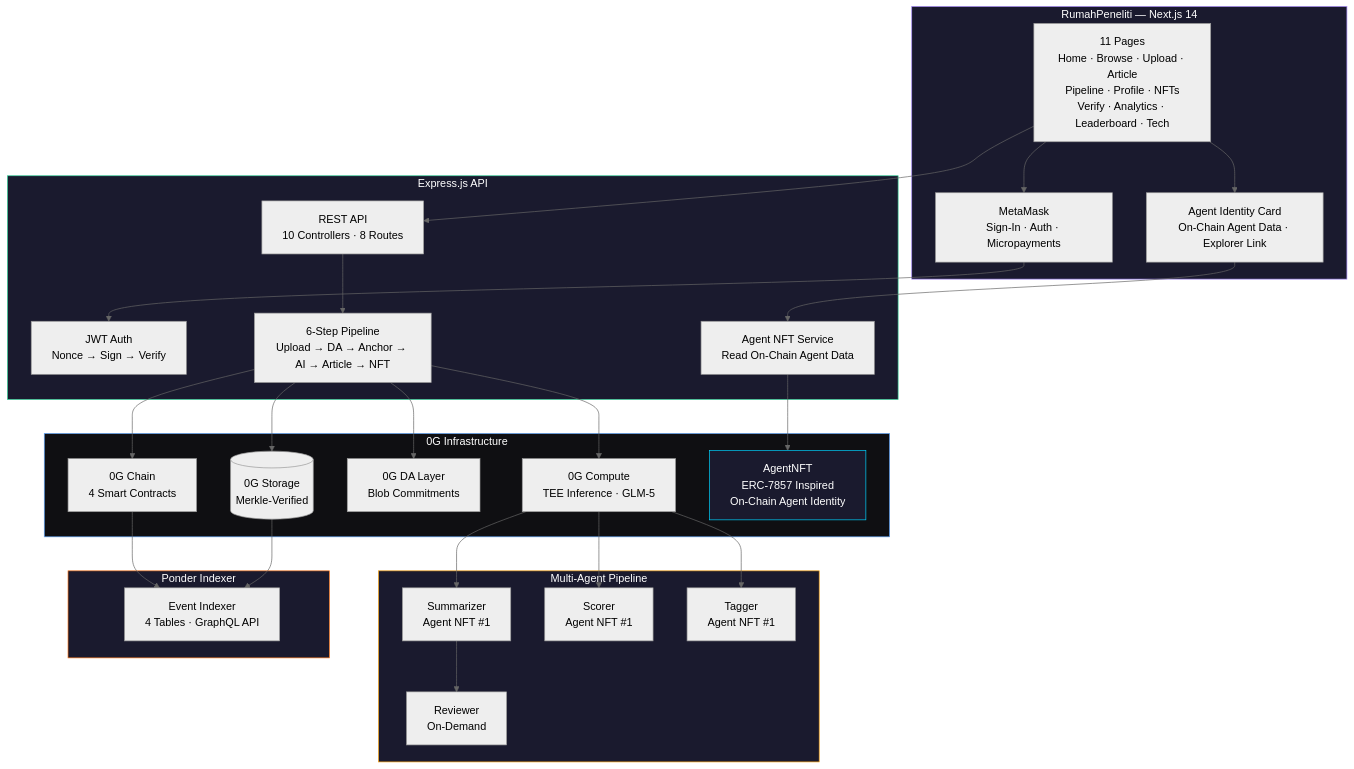
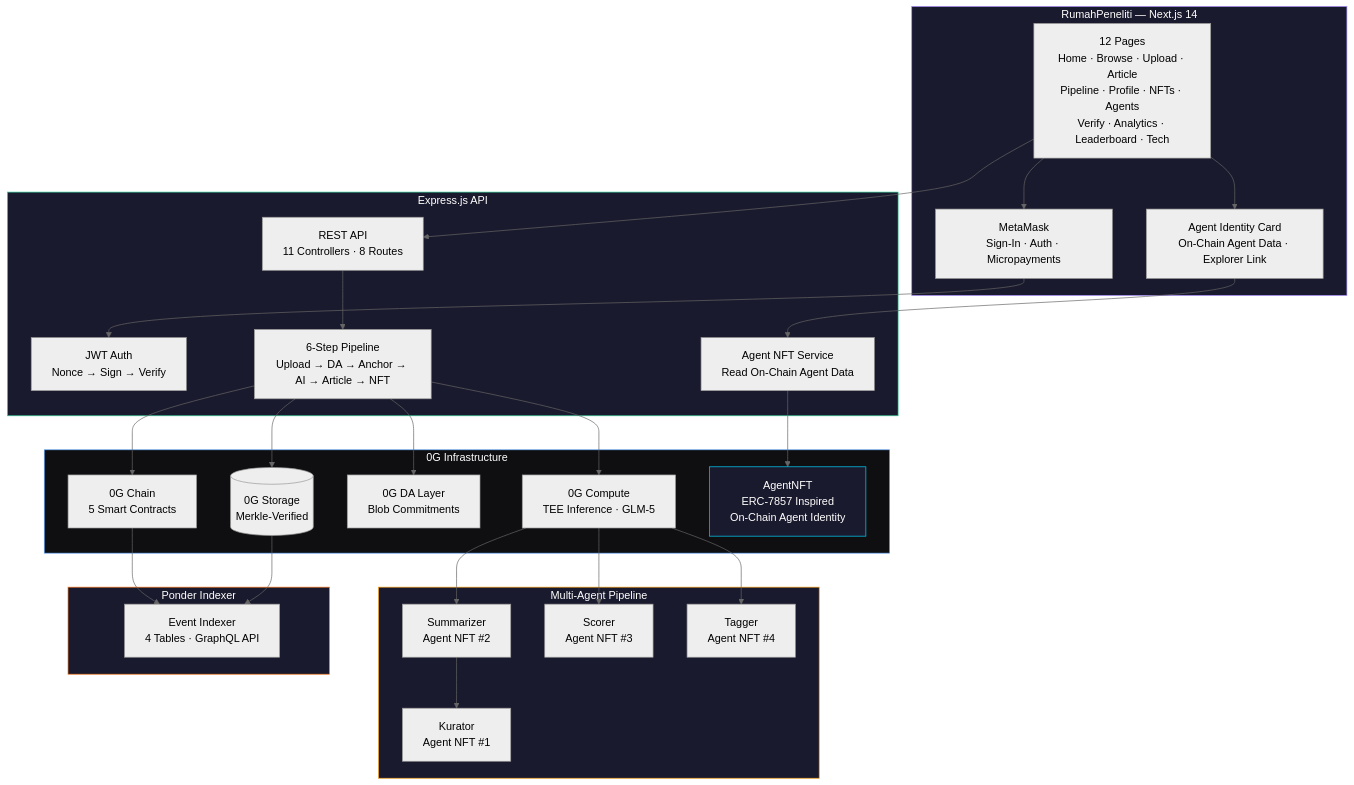
The first of 4 diagrams in README.md (dwlpra/rumah-peneliti), drawn with Mermaid (neutral theme) before and after one commit. The commit also changed other lines of this file, not shown here.

First line of the commit message:
docs: fix README contract addresses, agent NFT IDs, add AgentTipJar

````diff
--- a/README.md
+++ b/README.md
@@ -110,59 +110,59 @@
 ```mermaid
 graph TB
     subgraph Frontend["RumahPeneliti — Next.js 14"]
-        UI["11 Pages<br/>Home · Browse · Upload · Article<br/>Pipeline · Profile · NFTs<br/>Verify · Analytics · Leaderboard · Tech"]
+        UI["12 Pages<br/>Home · Browse · Upload · Article<br/>Pipeline · Profile · NFTs · Agents<br/>Verify · Analytics · Leaderboard · Tech"]
         Wallet["MetaMask<br/>Sign-In · Auth · Micropayments"]
         AgentUI["Agent Identity Card<br/>On-Chain Agent Data · Explorer Link"]
     end
 
     subgraph Backend["Express.js API"]
-        API["REST API<br/>10 Controllers · 8 Routes"]
+        API["REST API<br/>11 Controllers · 8 Routes"]
         Auth["JWT Auth<br/>Nonce → Sign → Verify"]
         Pipeline["6-Step Pipeline<br/>Upload → DA → Anchor → AI → Article → NFT"]
         AgentSvc["Agent NFT Service<br/>Read On-Chain Agent Data"]
     end
 
     subgraph AI["Multi-Agent Pipeline"]
-        Summarizer["Summarizer<br/>Agent NFT #1"]
-        Scorer["Scorer<br/>Agent NFT #1"]
-        Tagger["Tagger<br/>Agent NFT #1"]
-        Reviewer["Reviewer<br/>On-Demand"]
+        Summarizer["Summarizer<br/>Agent NFT #2"]
+        Scorer["Scorer<br/>Agent NFT #3"]
+        Tagger["Tagger<br/>Agent NFT #4"]
+        Reviewer["Kurator<br/>Agent NFT #1"]
     end
 
     subgraph ZeroG["0G Infrastructure"]
         Storage[("0G Storage<br/>Merkle-Verified")]
         Compute["0G Compute<br/>TEE Inference · GLM-5"]
         DA["0G DA Layer<br/>Blob Commitments"]
-        Chain["0G Chain<br/>4 Smart Contracts"]
+        Chain["0G Chain<br/>5 Smart Contracts"]
         AgentNFT["AgentNFT<br/>ERC-7857 Inspired<br/>On-Chain Agent Identity"]
     end
 
     subgraph Indexer["Ponder Indexer"]
         Ponder["Event Indexer<br/>4 Tables · GraphQL API"]
     end
 
     UI --> Wallet
     UI --> API
     UI --> AgentUI
     AgentUI --> AgentSvc
     AgentSvc --> AgentNFT
     Wallet --> Auth
     API --> Pipeline
     Pipeline --> Storage
     Pipeline --> DA
     Pipeline --> Chain
     Pipeline --> Compute
     Compute --> Summarizer
     Compute --> Scorer
     Compute --> Tagger
     Summarizer --> Reviewer
     Chain --> Ponder
     Storage --> Ponder
 
     style Frontend fill:#1a1a2e,stroke:#a78bfa,color:#fff
     style Backend fill:#1a1a2e,stroke:#34d399,color:#fff
     style AI fill:#1a1a2e,stroke:#f59e0b,color:#fff
     style ZeroG fill:#0f0f12,stroke:#60a5fa,color:#fff
     style Indexer fill:#1a1a2e,stroke:#f97316,color:#fff
     style AgentNFT fill:#1a1a2e,stroke:#00d4ff,color:#fff
 ```
````
